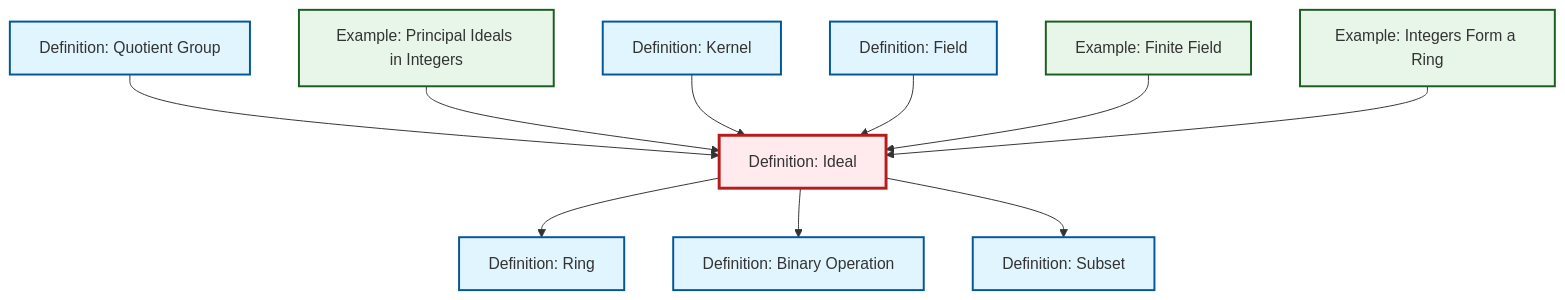
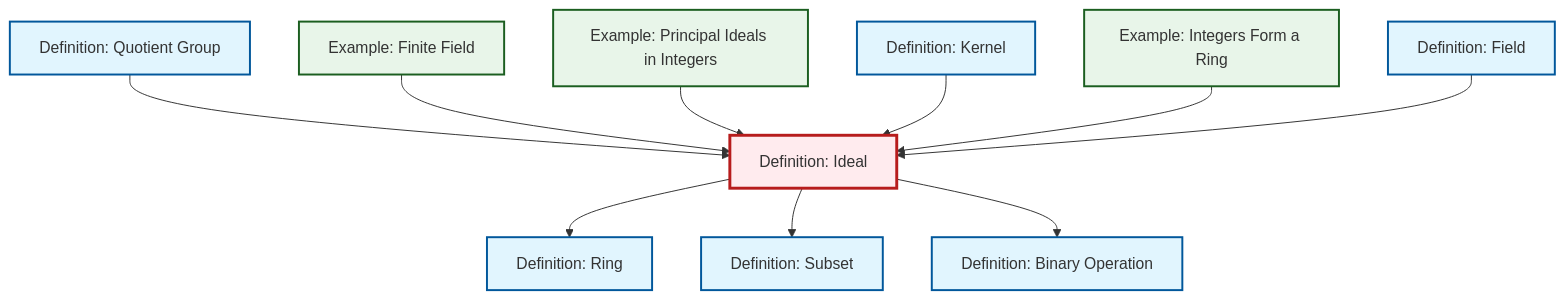
One commit to RK0429/ModernMath changed the diagram in content/ja/algebra/def-ideal.qmd. Above: the diagram before and after it, drawn with Mermaid. The commit also changed other lines of this file and 531 other files, not shown here.

````diff
--- a/content/ja/algebra/def-ideal.qmd
+++ b/content/ja/algebra/def-ideal.qmd
@@ -80,38 +80,38 @@
 ```{mermaid}
 %%| fig-cap: "Local dependency graph"
 graph TD
     classDef definition fill:#e1f5fe,stroke:#01579b,stroke-width:2px
     classDef theorem fill:#f3e5f5,stroke:#4a148c,stroke-width:2px
     classDef axiom fill:#fff3e0,stroke:#e65100,stroke-width:2px
     classDef example fill:#e8f5e9,stroke:#1b5e20,stroke-width:2px
     classDef current fill:#ffebee,stroke:#b71c1c,stroke-width:3px
-    def-subset["Definition: Subset"]:::definition
-    def-kernel["Definition: Kernel"]:::definition
     def-ideal["Definition: Ideal"]:::definition
+    ex-finite-field["Example: Finite Field"]:::example
+    def-quotient-group["Definition: Quotient Group"]:::definition
     def-field["Definition: Field"]:::definition
-    ex-principal-ideal["Example: Principal Ideals in Integers"]:::example
-    def-quotient-group["Definition: Quotient Group"]:::definition
+    ex-integers-ring["Example: Integers Form a Ring"]:::example
     def-binary-operation["Definition: Binary Operation"]:::definition
     def-ring["Definition: Ring"]:::definition
-    ex-finite-field["Example: Finite Field"]:::example
-    ex-integers-ring["Example: Integers Form a Ring"]:::example
+    ex-principal-ideal["Example: Principal Ideals in Integers"]:::example
+    def-kernel["Definition: Kernel"]:::definition
+    def-subset["Definition: Subset"]:::definition
+    def-ideal --> def-ring
     def-quotient-group --> def-ideal
-    def-ideal --> def-ring
+    def-ideal --> def-subset
+    ex-finite-field --> def-ideal
     ex-principal-ideal --> def-ideal
+    def-kernel --> def-ideal
     def-ideal --> def-binary-operation
-    def-ideal --> def-subset
-    def-kernel --> def-ideal
+    ex-integers-ring --> def-ideal
     def-field --> def-ideal
-    ex-finite-field --> def-ideal
-    ex-integers-ring --> def-ideal
     class def-ideal current
-    click def-subset "def-subset.html" "Definition: Subsetへ"
-    click def-kernel "def-kernel.html" "Definition: Kernelへ"
+    click ex-finite-field "ex-finite-field.html" "Example: Finite Fieldへ"
+    click def-quotient-group "def-quotient-group.html" "Definition: Quotient Groupへ"
     click def-field "def-field.html" "Definition: Fieldへ"
-    click ex-principal-ideal "ex-principal-ideal.html" "Example: Principal Ideals in Integersへ"
-    click def-quotient-group "def-quotient-group.html" "Definition: Quotient Groupへ"
+    click ex-integers-ring "ex-integers-ring.html" "Example: Integers Form a Ringへ"
     click def-binary-operation "def-binary-operation.html" "Definition: Binary Operationへ"
     click def-ring "def-ring.html" "Definition: Ringへ"
-    click ex-finite-field "ex-finite-field.html" "Example: Finite Fieldへ"
-    click ex-integers-ring "ex-integers-ring.html" "Example: Integers Form a Ringへ"
+    click ex-principal-ideal "ex-principal-ideal.html" "Example: Principal Ideals in Integersへ"
+    click def-kernel "def-kernel.html" "Definition: Kernelへ"
+    click def-subset "def-subset.html" "Definition: Subsetへ"
 ```
````
